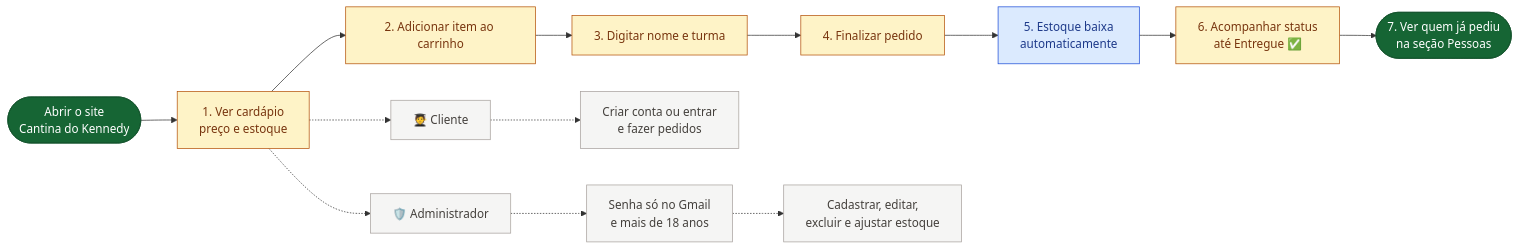
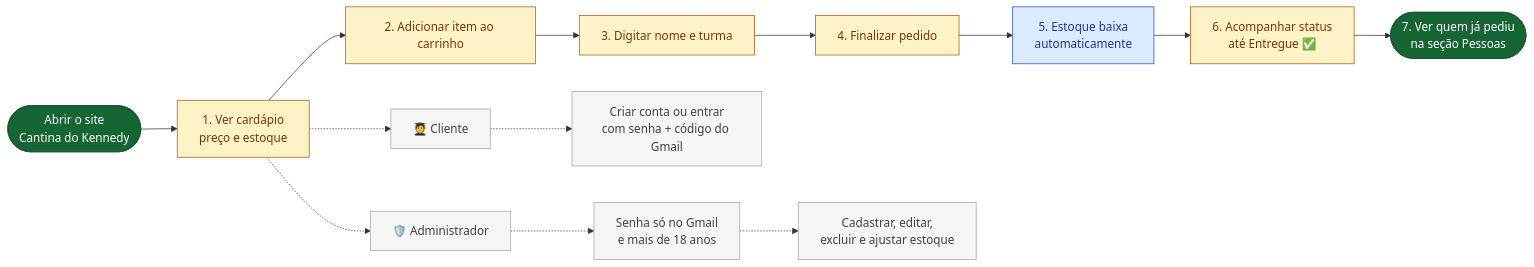
The diagram in fluxograma-simples.md (afonsomiguel700/cantina-kennedy), drawn with Mermaid before and after one commit. The commit also changed 9 other files, not shown here.

Commit message:
Adiciona codigo por Gmail na etapa de entrar

````diff
--- a/fluxograma-simples.md
+++ b/fluxograma-simples.md
@@ -12,28 +12,28 @@
 ```mermaid
 flowchart LR
     A(["Abrir o site<br/>Cantina do Kennedy"])
     B["1. Ver cardápio<br/>preço e estoque"]
     C["2. Adicionar item ao carrinho"]
     D["3. Digitar nome e turma"]
     E["4. Finalizar pedido"]
     F["5. Estoque baixa<br/>automaticamente"]
     G["6. Acompanhar status<br/>até Entregue ✅"]
     H(["7. Ver quem já pediu<br/>na seção Pessoas"])
 
     A --> B --> C --> D --> E --> F --> G --> H
 
     B -.-> I["🧑‍🎓 Cliente"]
-    I -.-> J["Criar conta ou entrar<br/>e fazer pedidos"]
+    I -.-> J["Criar conta ou entrar<br/>com senha + código do Gmail"]
     B -.-> L["🛡️ Administrador"]
     L -.-> M["Senha só no Gmail<br/>e mais de 18 anos"]
     M -.-> K["Cadastrar, editar,<br/>excluir e ajustar estoque"]
 
     classDef inicio fill:#166534,stroke:#14532d,color:#ffffff;
     classDef acao fill:#fef3c7,stroke:#b45309,color:#78350f;
     classDef salvo fill:#dbeafe,stroke:#1d4ed8,color:#1e3a8a;
     classDef extra fill:#f5f5f4,stroke:#a8a29e,color:#44403c;
     class A,H inicio;
     class B,C,D,E,G acao;
     class F salvo;
     class I,J,L,M,K extra;
 ```
````
